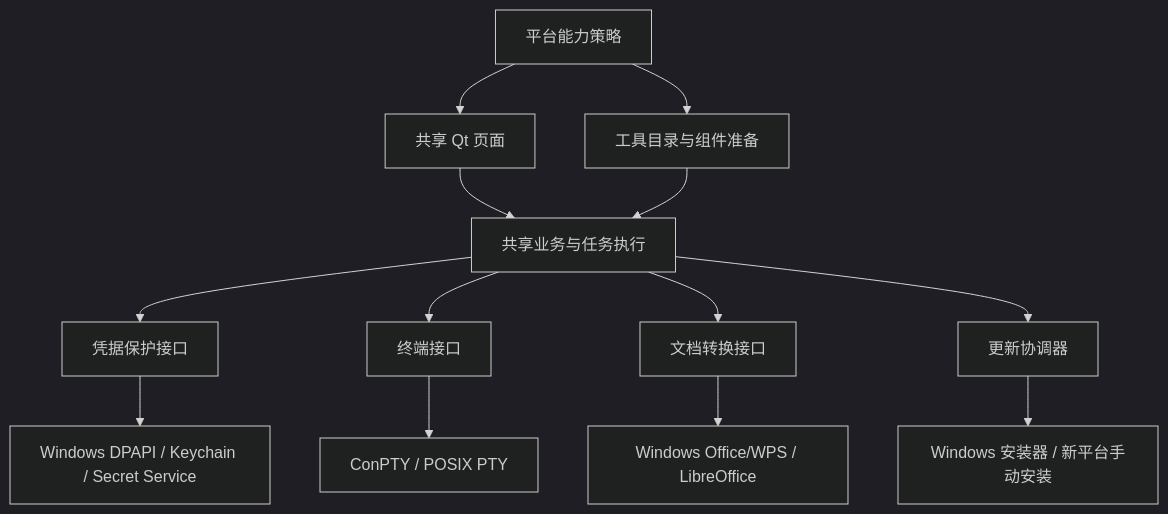
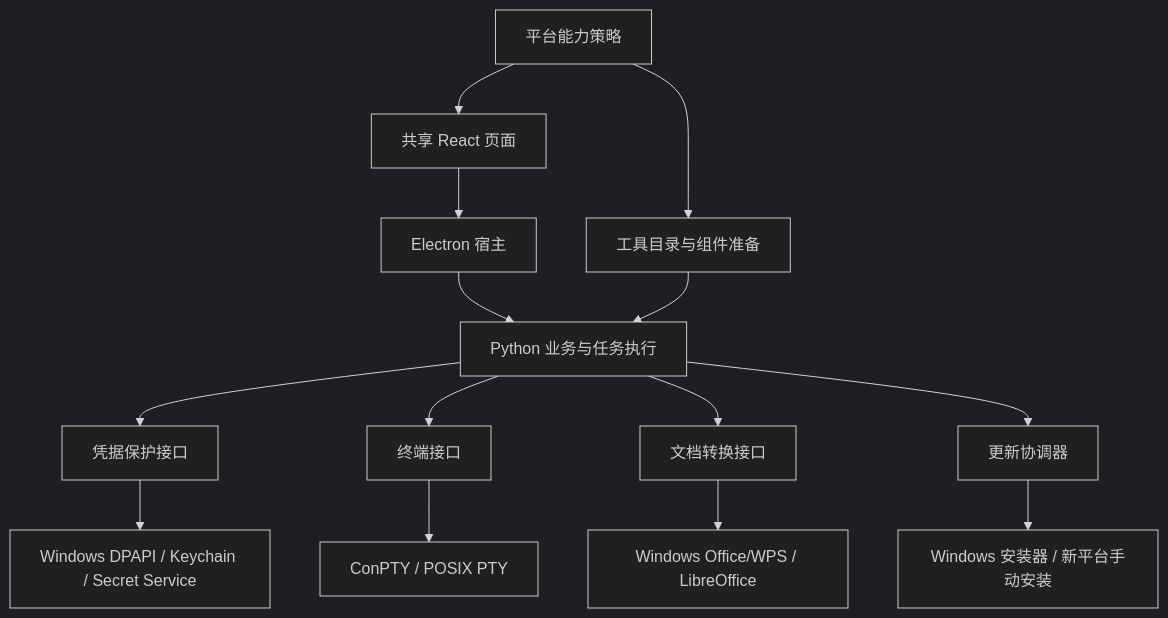
The second of 3 diagrams in docs/technical-design.md (chuancyzhang/deepseek-cowork), drawn with Mermaid (dark theme) before and after one commit. The commit also changed other lines of this file and 136 other files, not shown here.

````diff
--- a/docs/technical-design.md
+++ b/docs/technical-design.md
@@ -63,15 +66,16 @@
 ```mermaid
 flowchart TB
-    UI[共享 Qt 页面] --> Core[共享业务与任务执行]
+    UI[共享 React 页面] --> Host[Electron 宿主]
+    Host --> Core[Python 业务与任务执行]
     Policy[平台能力策略] --> UI
     Policy --> Catalog[工具目录与组件准备]
     Catalog --> Core
     Core --> Secrets[凭据保护接口]
     Core --> Terminal[终端接口]
     Core --> Preview[文档转换接口]
     Core --> Update[更新协调器]
     Secrets --> NativeKeys[Windows DPAPI / Keychain / Secret Service]
     Terminal --> PTY[ConPTY / POSIX PTY]
     Preview --> Office[Windows Office/WPS / LibreOffice]
     Update --> Install[Windows 安装器 / 新平台手动安装]
 ```
````
